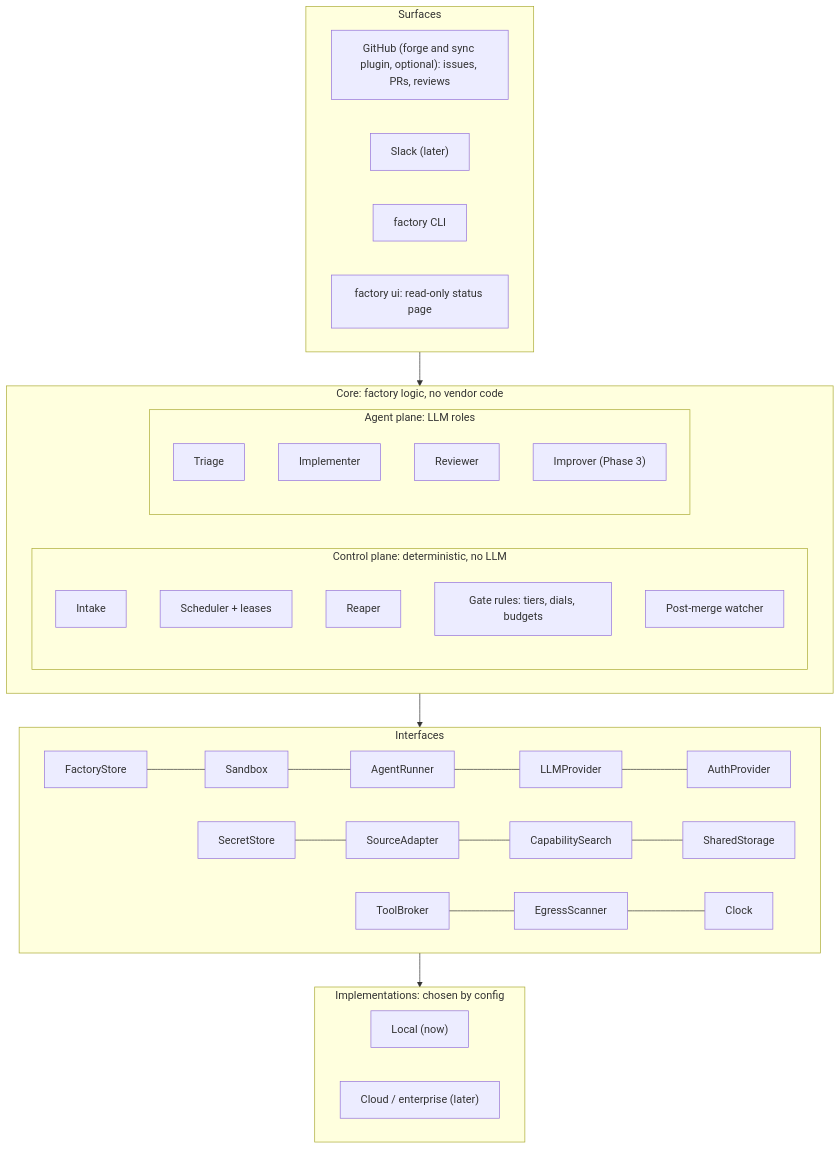
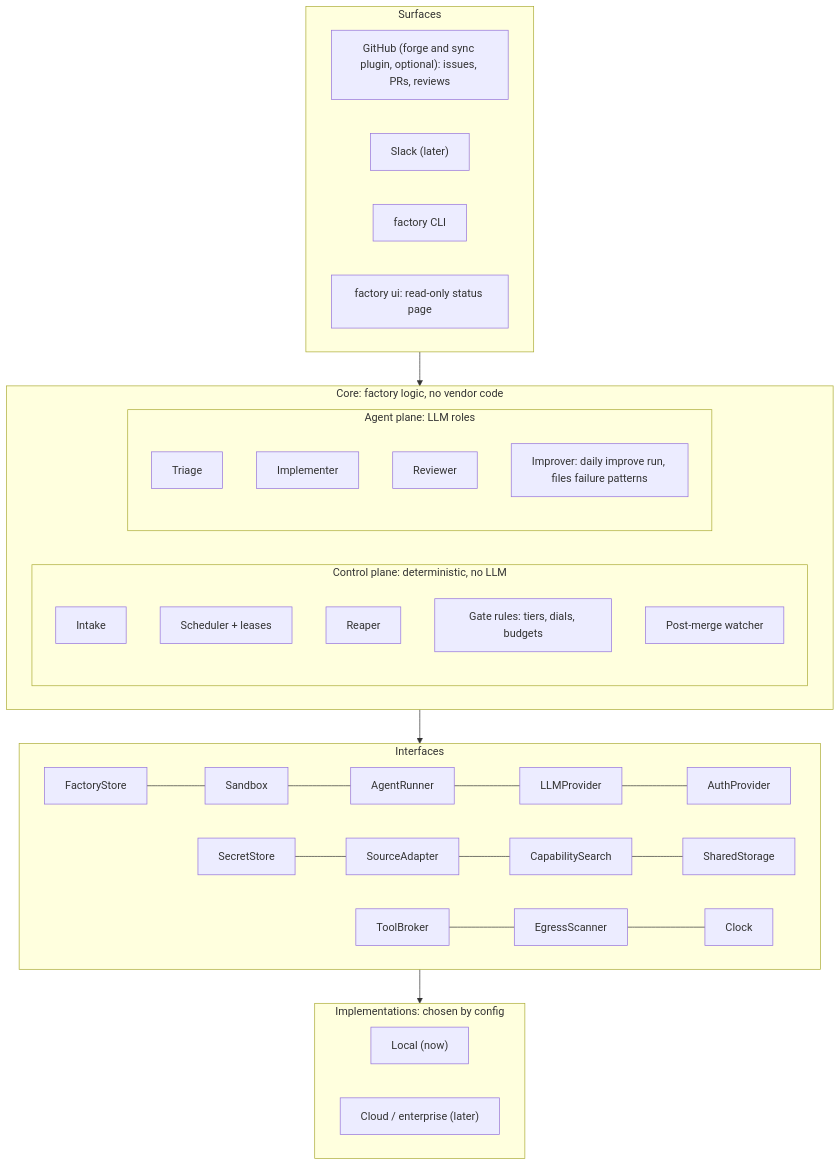
Before and after one commit to seonWKim/software-factory: the first of 6 diagrams in docs/architecture.md, drawn with Mermaid. The commit also changed other lines of this file and 2 other files, not shown here.

Commit message:
Docs: improve filing decision, source fileIssue, improver built

````diff
--- a/docs/architecture.md
+++ b/docs/architecture.md
@@ -15,44 +15,44 @@
 ```mermaid
 graph TB
   subgraph SURF["Surfaces"]
     direction LR
     GH["GitHub (forge and sync plugin, optional): issues, PRs, reviews"]
     SL["Slack (later)"]
     CLI["factory CLI"]
     UI["factory ui: read-only status page"]
   end
 
   subgraph CORE["Core: factory logic, no vendor code"]
     direction LR
     subgraph CP["Control plane: deterministic, no LLM"]
       direction TB
       IN["Intake"]
       MG["Scheduler + leases"]
       RP["Reaper"]
       GT["Gate rules: tiers, dials, budgets"]
       PM["Post-merge watcher"]
     end
     subgraph AP["Agent plane: LLM roles"]
       direction TB
       TR["Triage"]
       IM["Implementer"]
       RV["Reviewer"]
-      IMP["Improver (Phase 3)"]
+      IMP["Improver: daily improve run, files failure patterns"]
     end
   end
 
   subgraph IF["Interfaces"]
     direction LR
     I1["FactoryStore"] --- I2["Sandbox"] --- I3["AgentRunner"] --- I4["LLMProvider"] --- I5["AuthProvider"]
     I6["SecretStore"] --- I7["SourceAdapter"] --- I8["CapabilitySearch"] --- I9["SharedStorage"]
     I10["ToolBroker"] --- I11["EgressScanner"] --- I12["Clock"]
   end
 
   subgraph IMPL["Implementations: chosen by config"]
     direction LR
     LOC["Local (now)"]
     CLD["Cloud / enterprise (later)"]
   end
 
   SURF --> CORE --> IF --> IMPL
 ```
````
